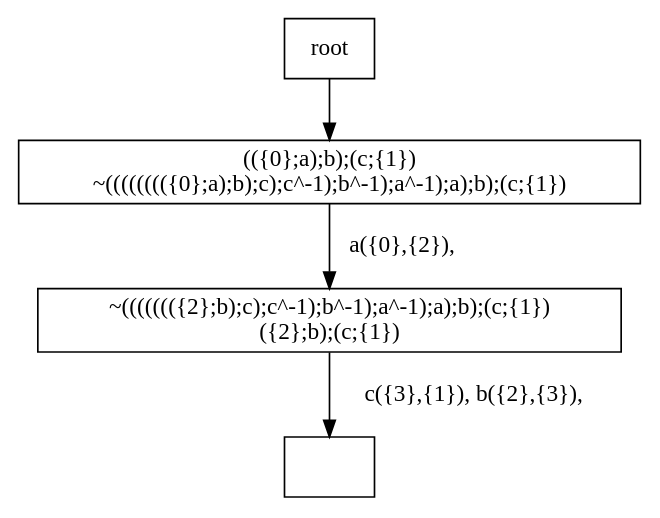
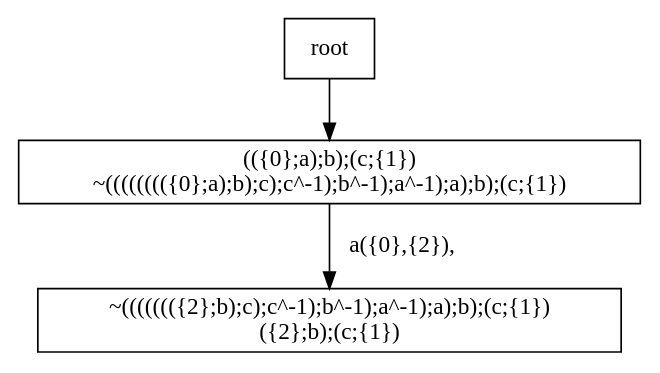
The diagram in output/regular-debug.dot (jangreen/rat), drawn with Graphviz before and after one commit. The commit also changed 5 other files, not shown here.

```diff
--- a/output/regular-debug.dot
+++ b/output/regular-debug.dot
@@ -1,15 +1,12 @@
 digraph {
 node[shape="box"]
-N0x158636800[label="(({0};a);b);(c;{1})
+N0x1218049c0[label="(({0};a);b);(c;{1})
 ~(((((((({0};a);b);c);c^-1);b^-1);a^-1);a);b);(c;{1})
 "];
-N0x158636800 -> N0x158640e70[label="a({0},{2}), 
+N0x1218049c0 -> N0x121809680[label="a({0},{2}), 
 "];
-N0x158640e70[label="~((((((({2};b);c);c^-1);b^-1);a^-1);a);b);(c;{1})
+N0x121809680[label="~((((((({2};b);c);c^-1);b^-1);a^-1);a);b);(c;{1})
 ({2};b);(c;{1})
 "];
-N0x158640e70 -> N0x1586490d0[label="c({3},{1}), b({2},{3}), 
-"];
-N0x1586490d0[label=""];
-root -> N0x158636800;
+root -> N0x1218049c0;
 }
```
